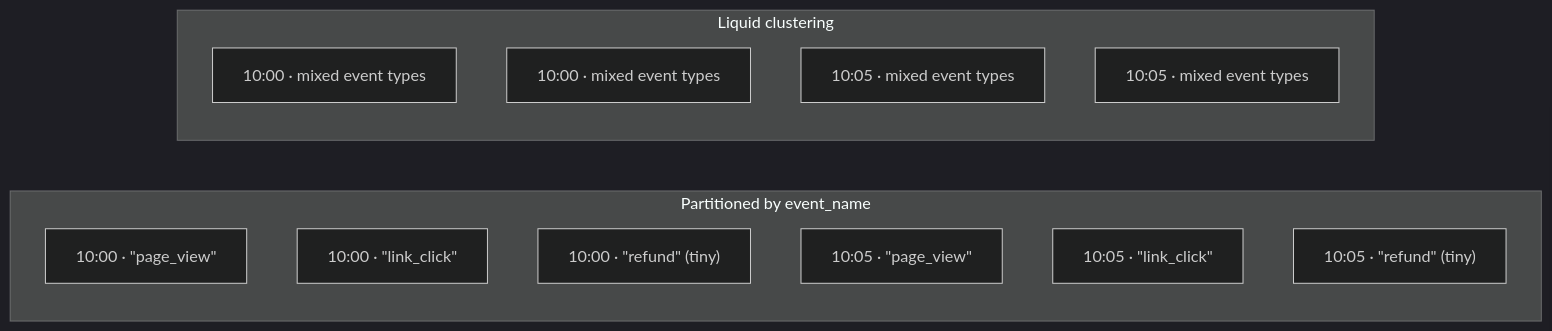
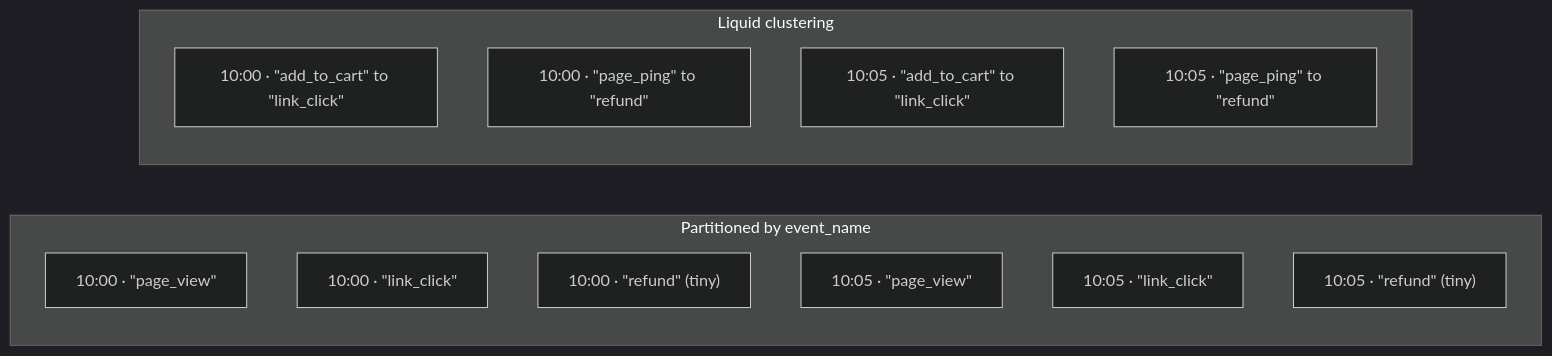
Before and after one commit to snowplow/documentation: the diagram in docs/api-reference/loaders-storage-targets/lake-loader/table-layout/index.md, drawn with Mermaid (dark theme). The commit also changed other lines of this file and 7 other files, not shown here.

````diff
--- a/docs/api-reference/loaders-storage-targets/lake-loader/table-layout/index.md
+++ b/docs/api-reference/loaders-storage-targets/lake-loader/table-layout/index.md
@@ -41,19 +44,19 @@
 ```mermaid
 flowchart LR
   subgraph p["Partitioned by event_name"]
     direction TB
     p1["10:00 · #quot;page_view#quot;"]
     p2["10:00 · #quot;link_click#quot;"]
     p3["10:00 · #quot;refund#quot; (tiny)"]
     p4["10:05 · #quot;page_view#quot;"]
     p5["10:05 · #quot;link_click#quot;"]
     p6["10:05 · #quot;refund#quot; (tiny)"]
   end
   subgraph t["Liquid clustering"]
     direction TB
-    t1["10:00 · mixed event types"]
-    t2["10:00 · mixed event types"]
-    t3["10:05 · mixed event types"]
-    t4["10:05 · mixed event types"]
+    t1["10:00 · #quot;add_to_cart#quot; to #quot;link_click#quot;"]
+    t2["10:00 · #quot;page_ping#quot; to #quot;refund#quot;"]
+    t3["10:05 · #quot;add_to_cart#quot; to #quot;link_click#quot;"]
+    t4["10:05 · #quot;page_ping#quot; to #quot;refund#quot;"]
   end
 ```
````
